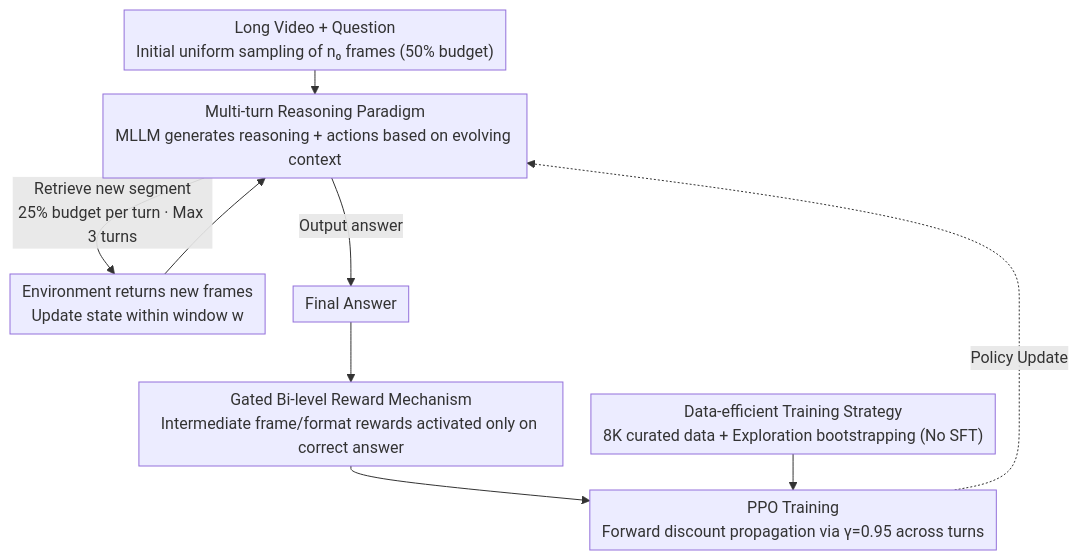
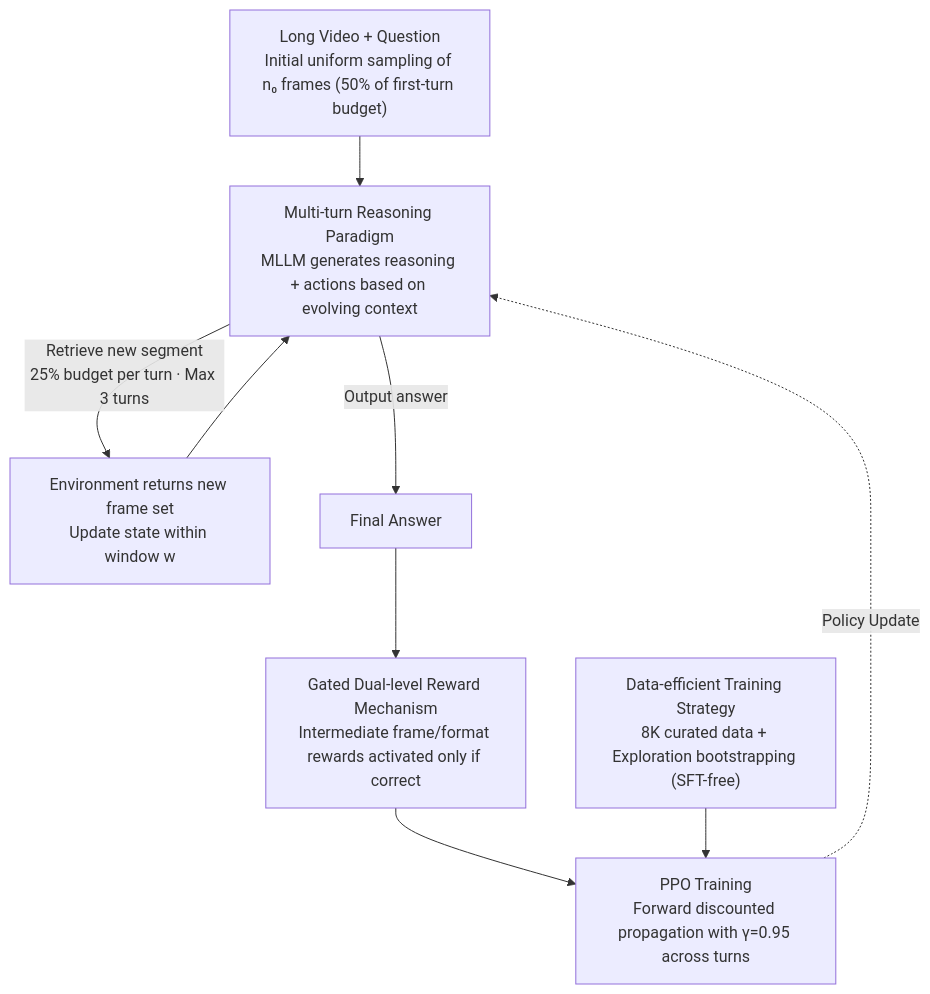
Before and after one commit to zhaoyang97/Paper-Notes-en: the diagram in docs/ICML2026/video_understanding/video-mtr_reinforced_multi-turn_reasoning_for_long_video_understanding.md, drawn with Mermaid. The commit also changed other lines of this file and 5084 other files, not shown here.

````diff
--- a/docs/ICML2026/video_understanding/video-mtr_reinforced_multi-turn_reasoning_for_long_video_understanding.md
+++ b/docs/ICML2026/video_understanding/video-mtr_reinforced_multi-turn_reasoning_for_long_video_understanding.md
@@ -55,12 +55,11 @@
 ```mermaid
-%%{init: {'flowchart': {'rankSpacing': 24, 'nodeSpacing': 28, 'padding': 6, 'wrappingWidth': 400}}}%%
-flowchart TD
-    A["Long Video + Question<br/>Initial uniform sampling of n₀ frames (50% budget)"] --> B["Multi-turn Reasoning Paradigm<br/>MLLM generates reasoning + actions based on evolving context"]
-    B -->|Retrieve new segment<br/>25% budget per turn · Max 3 turns| C["Environment returns new frames<br/>Update state within window w"]
+graph TD
+    A["Long Video + Question<br/>Initial uniform sampling of n₀ frames (50% of first-turn budget)"] --> B["Multi-turn Reasoning Paradigm<br/>MLLM generates reasoning + actions based on evolving context"]
+    B -->|Retrieve new segment<br/>25% budget per turn · Max 3 turns| C["Environment returns new frame set<br/>Update state within window w"]
     C --> B
     B -->|Output answer| D["Final Answer"]
-    D --> E["Gated Bi-level Reward Mechanism<br/>Intermediate frame/format rewards activated only on correct answer"]
-    E --> F["PPO Training<br/>Forward discount propagation via γ=0.95 across turns"]
-    G["Data-efficient Training Strategy<br/>8K curated data + Exploration bootstrapping (No SFT)"] --> F
+    D --> E["Gated Dual-level Reward Mechanism<br/>Intermediate frame/format rewards activated only if correct"]
+    E --> F["PPO Training<br/>Forward discounted propagation with γ=0.95 across turns"]
+    G["Data-efficient Training Strategy<br/>8K curated data + Exploration bootstrapping (SFT-free)"] --> F
     F -.Policy Update.-> B
 ```
````
